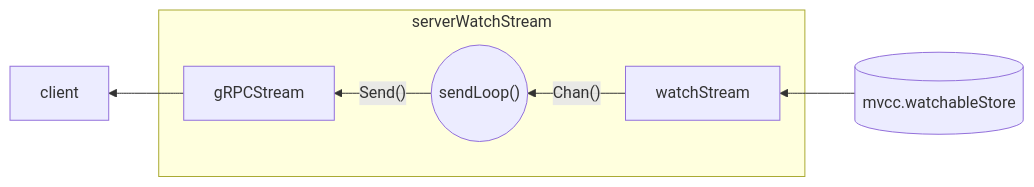
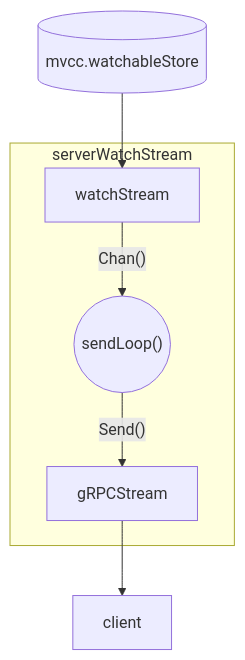
The sixth of 12 diagrams in docs/topics/etcd/etcd-watch.md (kangxiaoning/kangxiaoning.github.io), drawn with Mermaid before and after one commit. The commit also changed other lines of this file, not shown here.

````diff
--- a/docs/topics/etcd/etcd-watch.md
+++ b/docs/topics/etcd/etcd-watch.md
@@ -1094,9 +1102,9 @@
 ```mermaid
-flowchart RL
+flowchart TB
   gRPCStream-->client
   subgraph serverWatchStream
     sendLoop(("sendLoop()"))-->|"Send()"|gRPCStream
     watchStream-->|"Chan()"|sendLoop
   end
   mvcc.watchableStore[(mvcc.watchableStore)]-->watchStream
 ```
````
